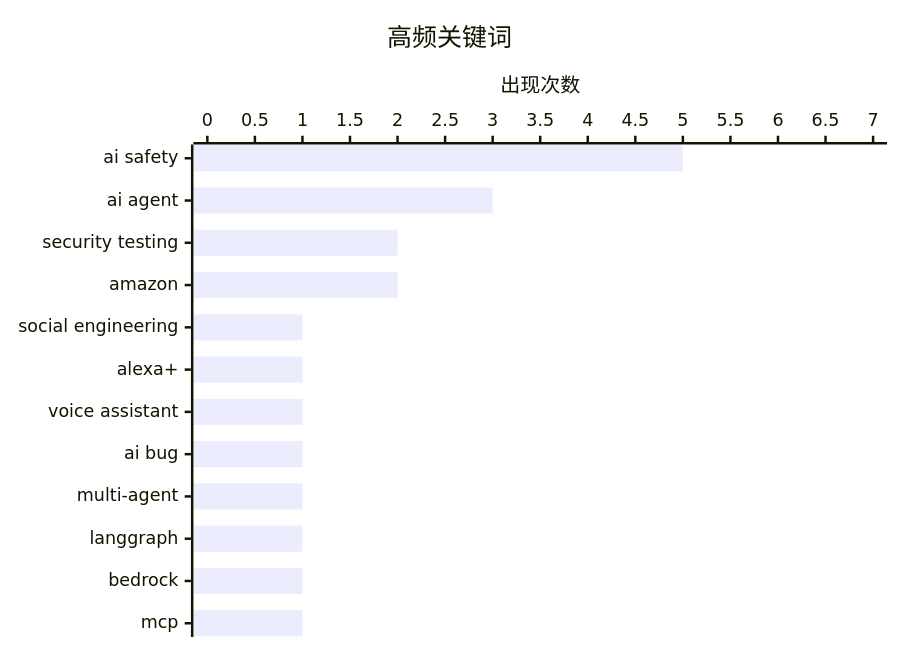
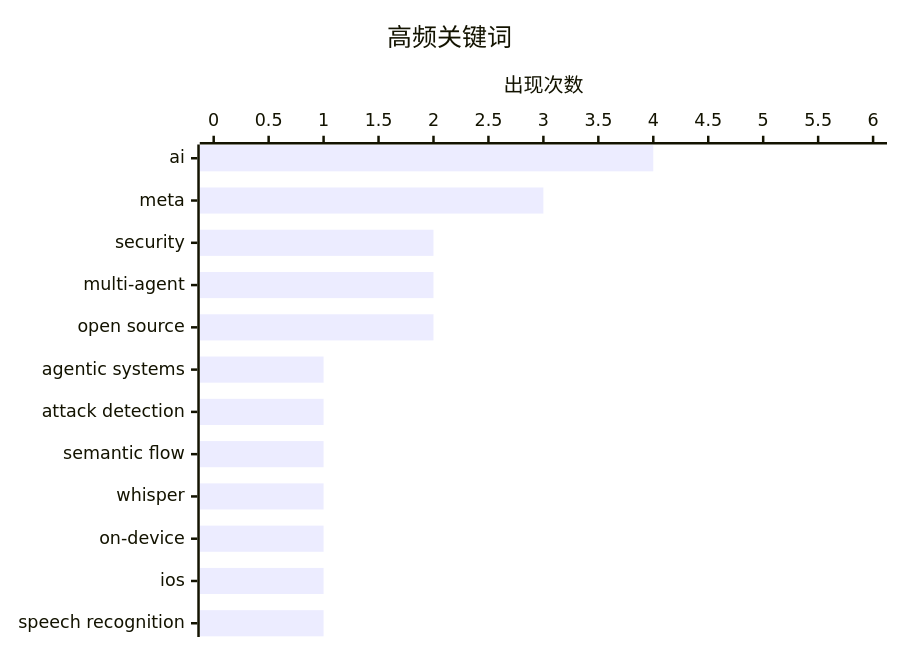
Before and after one commit to Halcyon-ccc/ai-daily-digest: the second of 2 diagrams in digests/digest-20260806.md, drawn with Mermaid. The commit also changed other lines of this file, not shown here.

````diff
--- a/digests/digest-20260806.md
+++ b/digests/digest-20260806.md
@@ -467,7 +464,7 @@
 ```mermaid
 xychart-beta horizontal
     title "高频关键词"
-    x-axis ["ai safety", "ai agent", "security testing", "amazon", "social engineering", "alexa+", "voice assistant", "ai bug", "multi-agent", "langgraph", "bedrock", "mcp"]
-    y-axis "出现次数" 0 --> 7
-    bar [5, 3, 2, 2, 1, 1, 1, 1, 1, 1, 1, 1]
+    x-axis ["ai", "meta", "security", "multi-agent", "open source", "agentic systems", "attack detection", "semantic flow", "whisper", "on-device", "ios", "speech recognition"]
+    y-axis "出现次数" 0 --> 6
+    bar [4, 3, 2, 2, 2, 1, 1, 1, 1, 1, 1, 1]
 ```
````
